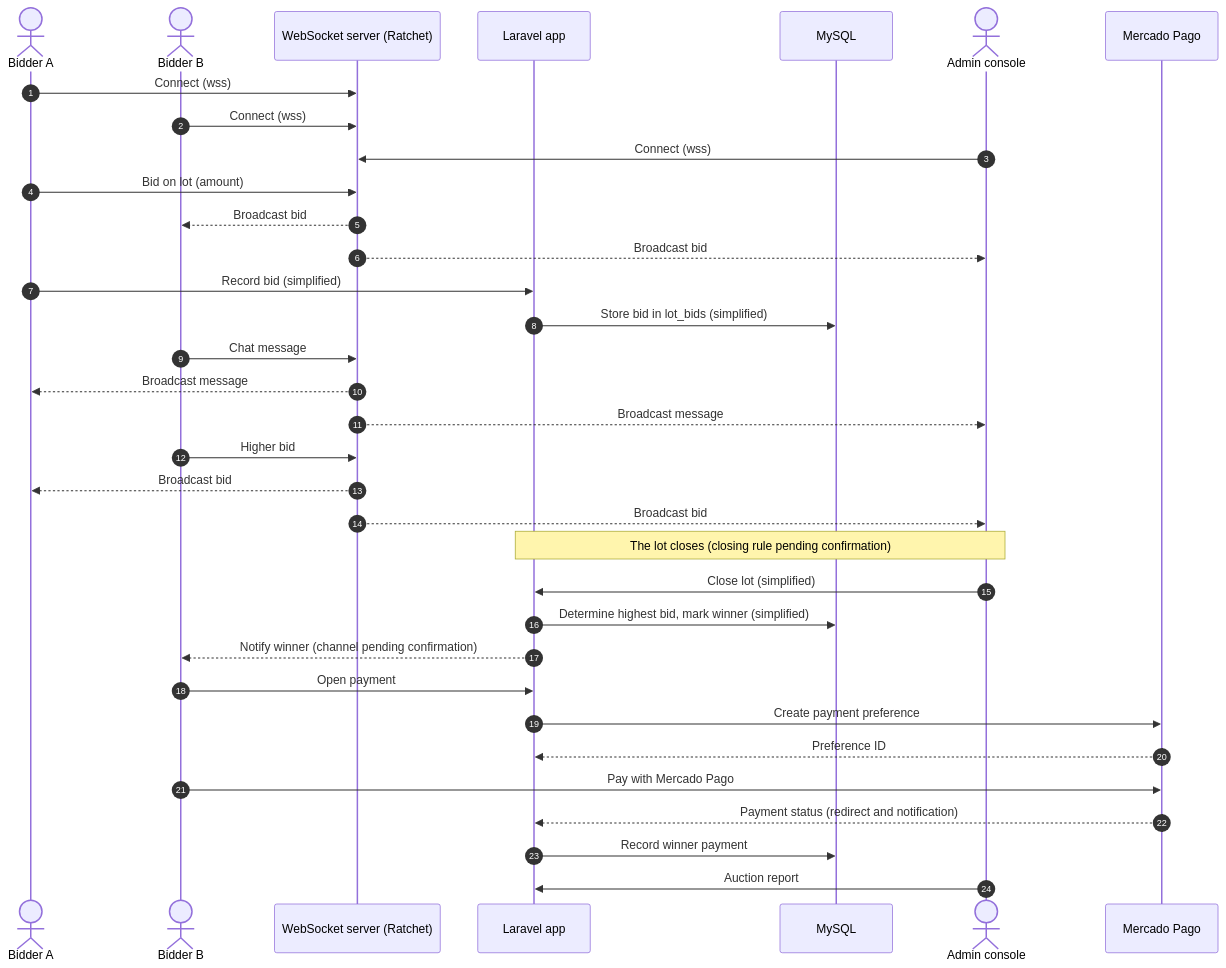
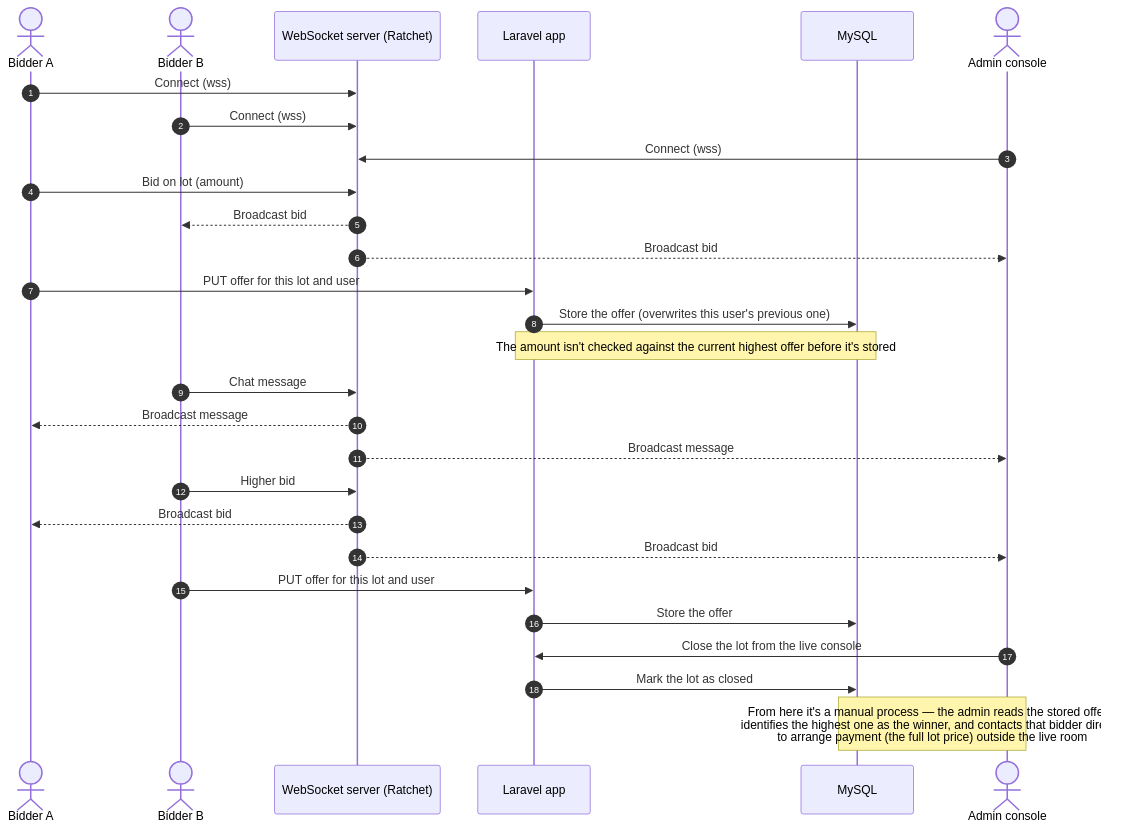
One commit to leonelquiroga/case-study-online-auctions changed the third of 3 diagrams in docs/flows.md. Above: the diagram before and after it, drawn with Mermaid. The commit also changed other lines of this file and 3 other files, not shown here.

````diff
--- a/docs/flows.md
+++ b/docs/flows.md
@@ -116,42 +97,36 @@
 ```mermaid
 sequenceDiagram
     autonumber
     actor B1 as Bidder A
     actor B2 as Bidder B
     participant WS as WebSocket server (Ratchet)
     participant L as Laravel app
     participant DB as MySQL
     actor A as Admin console
-    participant MP as Mercado Pago
 
     B1->>WS: Connect (wss)
     B2->>WS: Connect (wss)
     A->>WS: Connect (wss)
 
     B1->>WS: Bid on lot (amount)
     WS-->>B2: Broadcast bid
     WS-->>A: Broadcast bid
-    B1->>L: Record bid (simplified)
-    L->>DB: Store bid in lot_bids (simplified)
+    B1->>L: PUT offer for this lot and user
+    L->>DB: Store the offer (overwrites this user's previous one)
+    Note over L,DB: The amount isn't checked against the current highest offer before it's stored
 
     B2->>WS: Chat message
     WS-->>B1: Broadcast message
     WS-->>A: Broadcast message
 
     B2->>WS: Higher bid
     WS-->>B1: Broadcast bid
     WS-->>A: Broadcast bid
+    B2->>L: PUT offer for this lot and user
+    L->>DB: Store the offer
 
-    Note over A,L: The lot closes (closing rule pending confirmation)
-    A->>L: Close lot (simplified)
-    L->>DB: Determine highest bid, mark winner (simplified)
-    L-->>B2: Notify winner (channel pending confirmation)
+    A->>L: Close the lot from the live console
+    L->>DB: Mark the lot as closed
 
-    B2->>L: Open payment
-    L->>MP: Create payment preference
-    MP-->>L: Preference ID
-    B2->>MP: Pay with Mercado Pago
-    MP-->>L: Payment status (redirect and notification)
-    L->>DB: Record winner payment
-    A->>L: Auction report
+    Note over A,DB: From here it's a manual process — the admin reads the stored offers,<br/>identifies the highest one as the winner, and contacts that bidder directly<br/>to arrange payment (the full lot price) outside the live room
 ```
````
